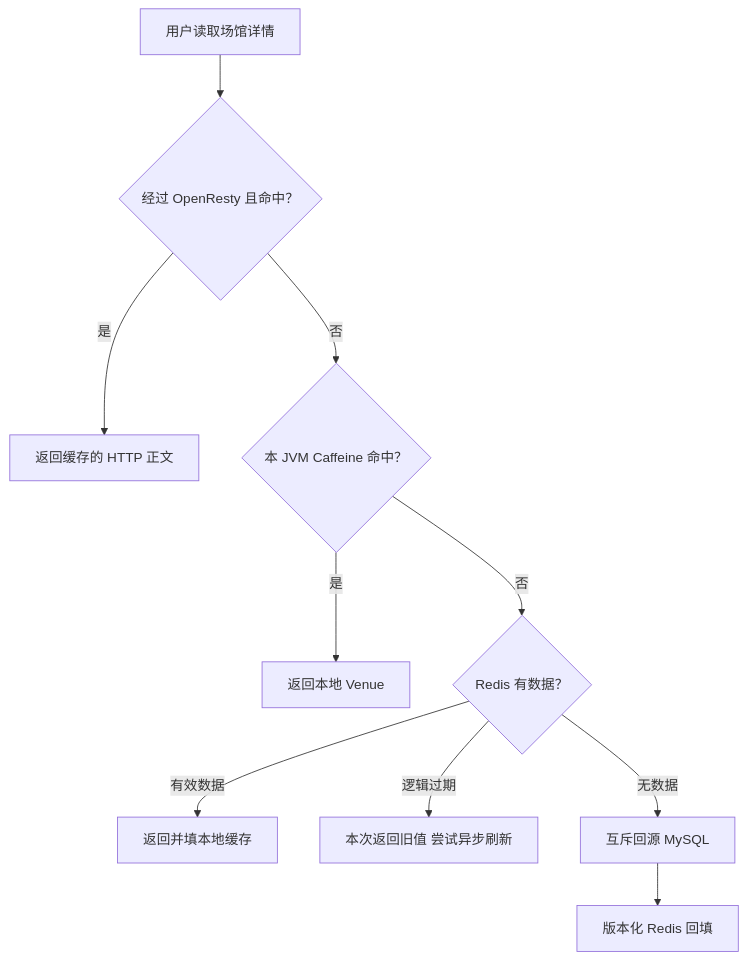
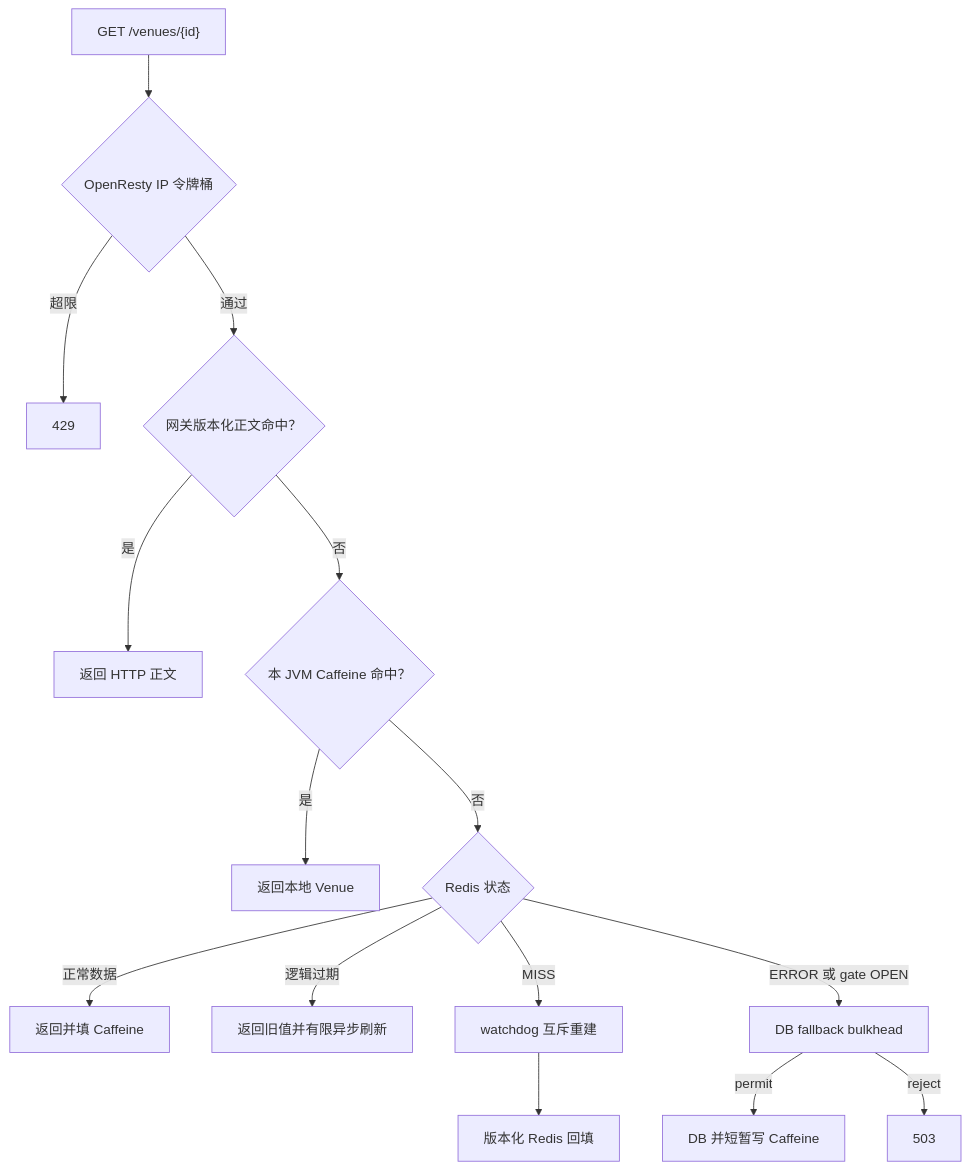
The first of 8 diagrams in 02-多级缓存一致性.md (SyH-101/citypass-platform), drawn with Mermaid before and after one commit. The commit also changed other lines of this file, not shown here.

````diff
--- a/02-多级缓存一致性.md
+++ b/02-多级缓存一致性.md
@@ -107,12 +107,17 @@
 ```mermaid
 flowchart TD
-    A["用户读取场馆详情"] --> B{"经过 OpenResty 且命中？"}
-    B -->|是| C["返回缓存的 HTTP 正文"]
-    B -->|否| D{"本 JVM Caffeine 命中？"}
-    D -->|是| E["返回本地 Venue"]
-    D -->|否| F{"Redis 有数据？"}
-    F -->|有效数据| G["返回并填本地缓存"]
-    F -->|逻辑过期| H["本次返回旧值 尝试异步刷新"]
-    F -->|无数据| I["互斥回源 MySQL"]
-    I --> J["版本化 Redis 回填"]
+    A["GET /venues/{id}"] --> B{"OpenResty IP 令牌桶"}
+    B -->|超限| C["429"]
+    B -->|通过| D{"网关版本化正文命中？"}
+    D -->|是| E["返回 HTTP 正文"]
+    D -->|否| F{"本 JVM Caffeine 命中？"}
+    F -->|是| G["返回本地 Venue"]
+    F -->|否| H{"Redis 状态"}
+    H -->|正常数据| I["返回并填 Caffeine"]
+    H -->|逻辑过期| J["返回旧值并有限异步刷新"]
+    H -->|MISS| K["watchdog 互斥重建"]
+    H -->|ERROR 或 gate OPEN| L["DB fallback bulkhead"]
+    K --> M["版本化 Redis 回填"]
+    L -->|permit| N["DB 并短暂写 Caffeine"]
+    L -->|reject| O["503"]
 ```
````
